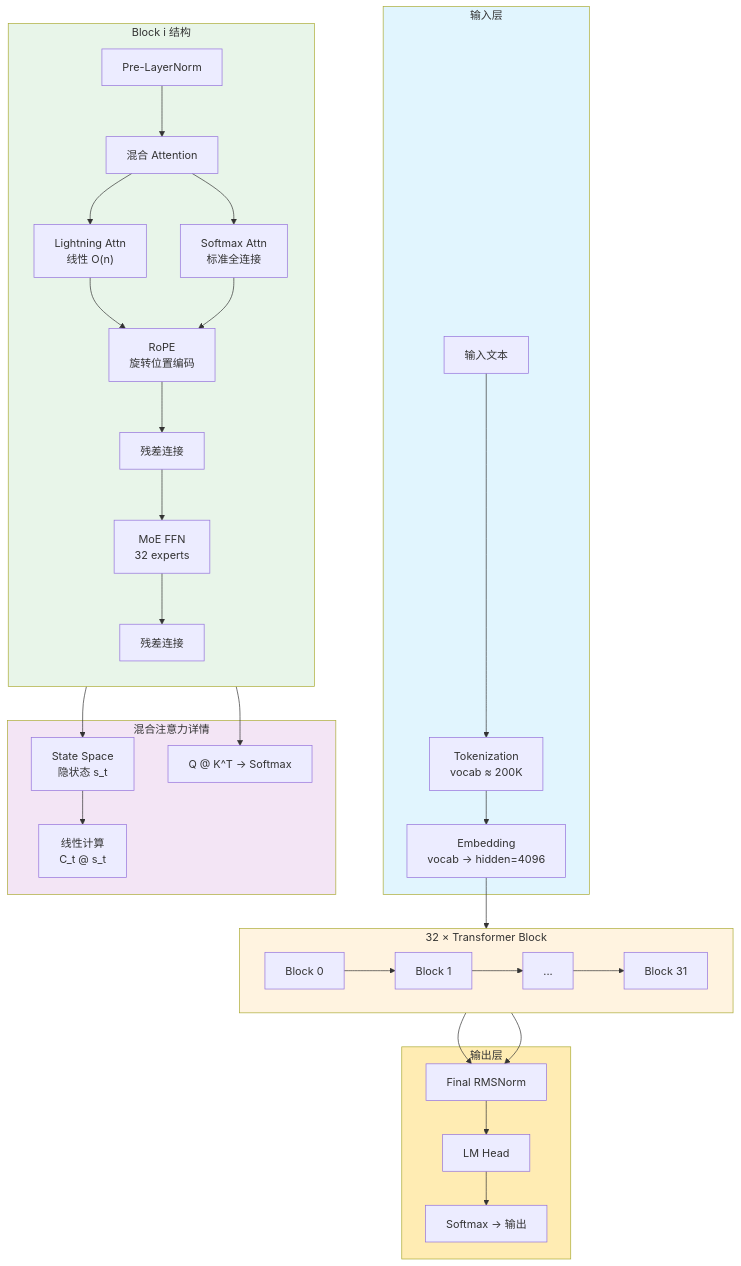
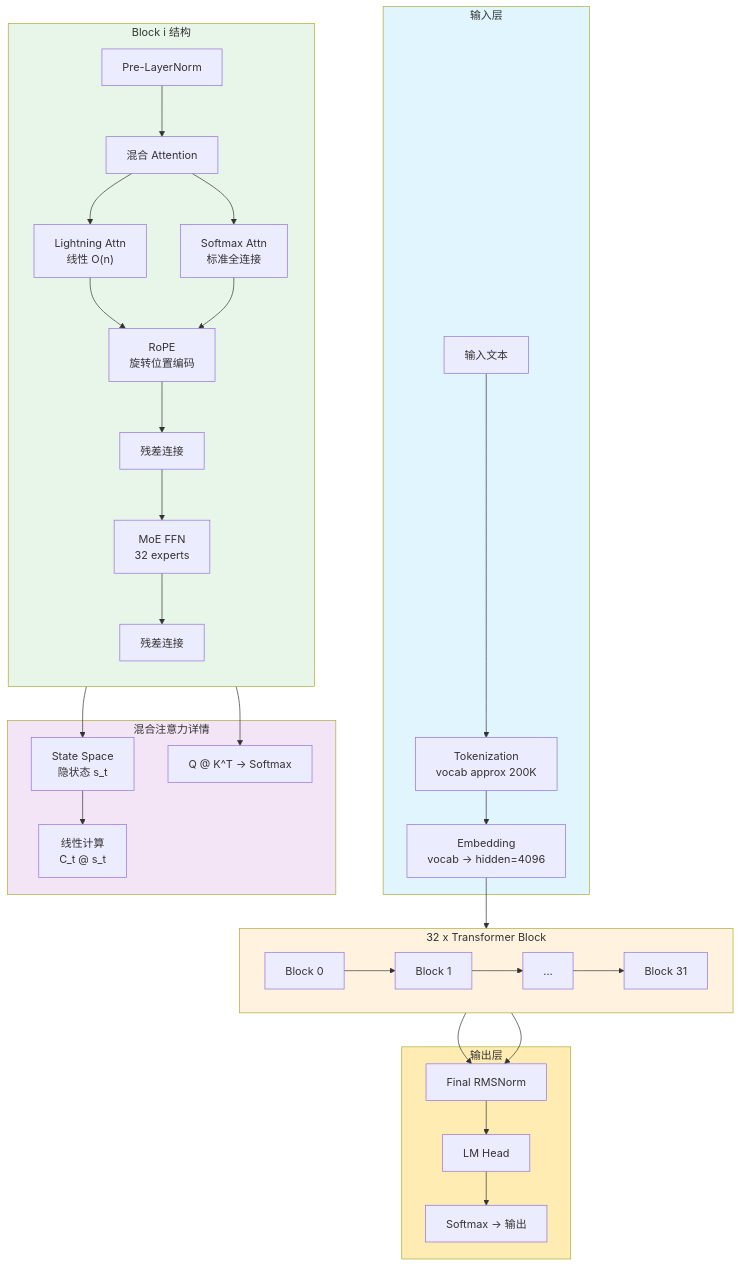
The fifth of 8 diagrams in 神经网络/大语言模型架构分析.md (yikox/mynote), drawn with Mermaid before and after one commit. The commit also changed other lines of this file, not shown here.

````diff
--- a/神经网络/大语言模型架构分析.md
+++ b/神经网络/大语言模型架构分析.md
@@ -253,44 +252,44 @@
 ```mermaid
 flowchart TD
     subgraph Input["输入层"]
-        A[输入文本] --> B[Tokenization<br/>vocab ≈ 200K]
-        B --> C[Embedding<br/>vocab → hidden=4096]
+        A[输入文本] --> B[Tokenization<br/>vocab approx 200K]
+        B --> C[Embedding<br/>vocab -> hidden=4096]
     end
 
-    subgraph TransformerBlock["32 × Transformer Block"]
+    subgraph TransformerBlock["32 x Transformer Block"]
         direction LR
         T1["Block 0"] --> T2["Block 1"] --> T3["..."] --> T32["Block 31"]
     end
 
     subgraph SingleBlock["Block i 结构"]
         direction TB
         D[Pre-LayerNorm] --> E["混合 Attention"]
         E --> E1["Lightning Attn<br/>线性 O(n)"]
         E --> E2["Softmax Attn<br/>标准全连接"]
         E1 & E2 --> F["RoPE<br/>旋转位置编码"]
         F --> R1[残差连接]
         R1 --> G[MoE FFN<br/>32 experts]
         G --> R2[残差连接]
     end
 
     subgraph HybridAttn["混合注意力详情"]
         E1 --> H1["State Space<br/>隐状态 s_t"]
         H1 --> H2["线性计算<br/>C_t @ s_t"]
-        E2 --> H3["Q @ K^T → Softmax"]
+        E2 --> H3["Q @ K^T -> Softmax"]
     end
 
     subgraph Output["输出层"]
         T32 --> I[Final RMSNorm]
         I --> J[LM Head]
-        J --> K[Softmax → 输出]
+        J --> K[Softmax -> 输出]
     end
 
     C --> T1
     T32 --> I
 
     style Input fill:#e1f5fe
     style TransformerBlock fill:#fff3e0
     style SingleBlock fill:#e8f5e9
     style HybridAttn fill:#f3e5f5
     style Output fill:#ffecb3
 ```
````
